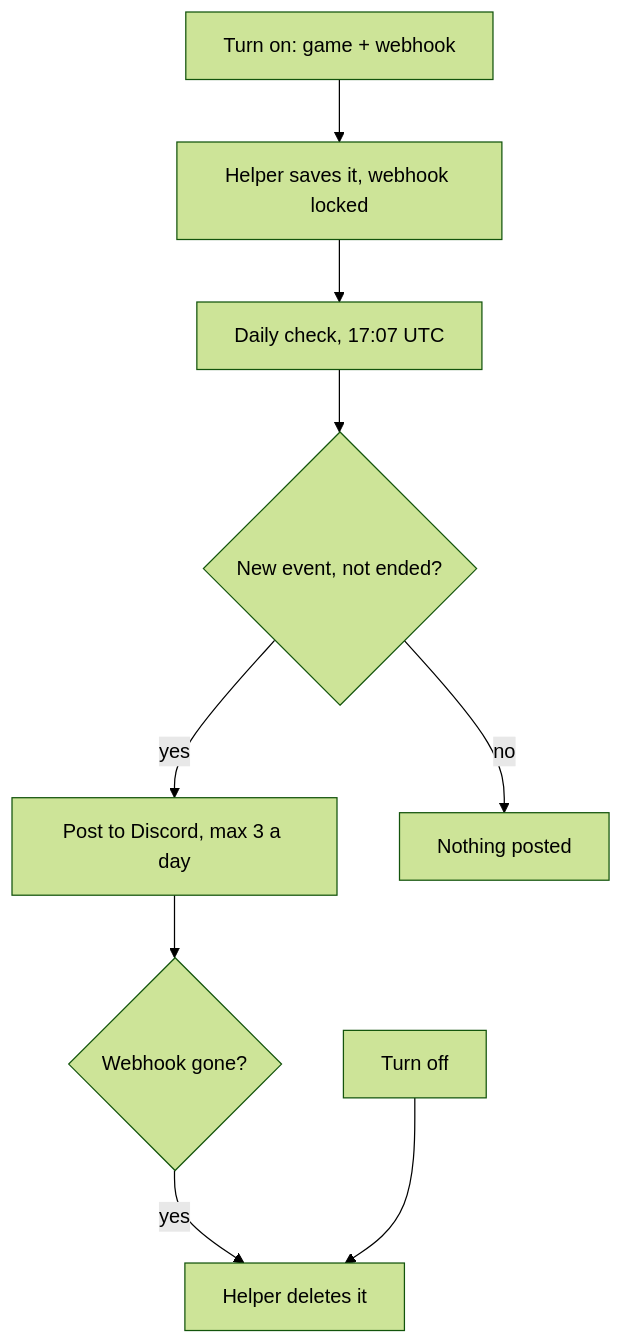
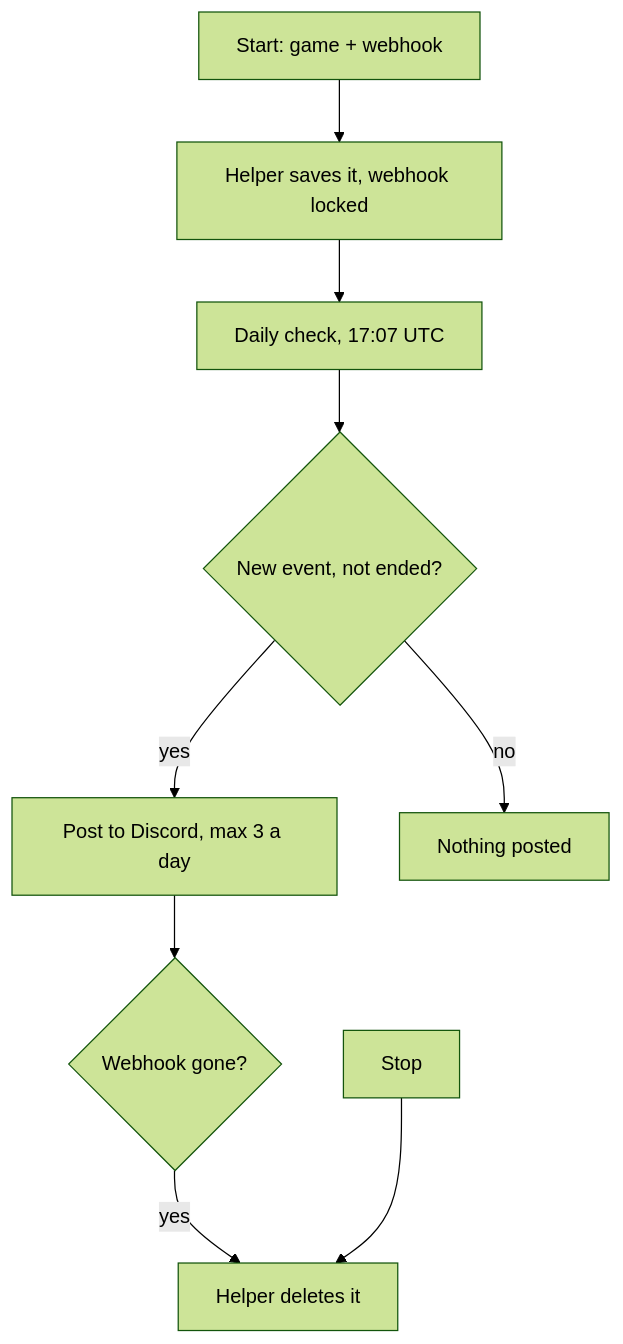
One commit to Ginger-Hermit/Roblox-Game-Events- changed the diagram in wiki/How-it-works.md. Above: the diagram before and after it, drawn with Mermaid (forest theme). The commit also changed other lines of this file and 11 other files, not shown here.

````diff
--- a/wiki/How-it-works.md
+++ b/wiki/How-it-works.md
@@ -15,11 +15,11 @@
 ```mermaid
 flowchart TD
-  A[Turn on: game + webhook] --> B[Helper saves it, webhook locked]
+  A[Start: game + webhook] --> B[Helper saves it, webhook locked]
   B --> C[Daily check, 17:07 UTC]
   C --> D{New event, not ended?}
   D -- yes --> E[Post to Discord, max 3 a day]
   D -- no --> F[Nothing posted]
   E --> G{Webhook gone?}
   G -- yes --> H[Helper deletes it]
-  I[Turn off] --> H
+  I[Stop] --> H
 ```
````
